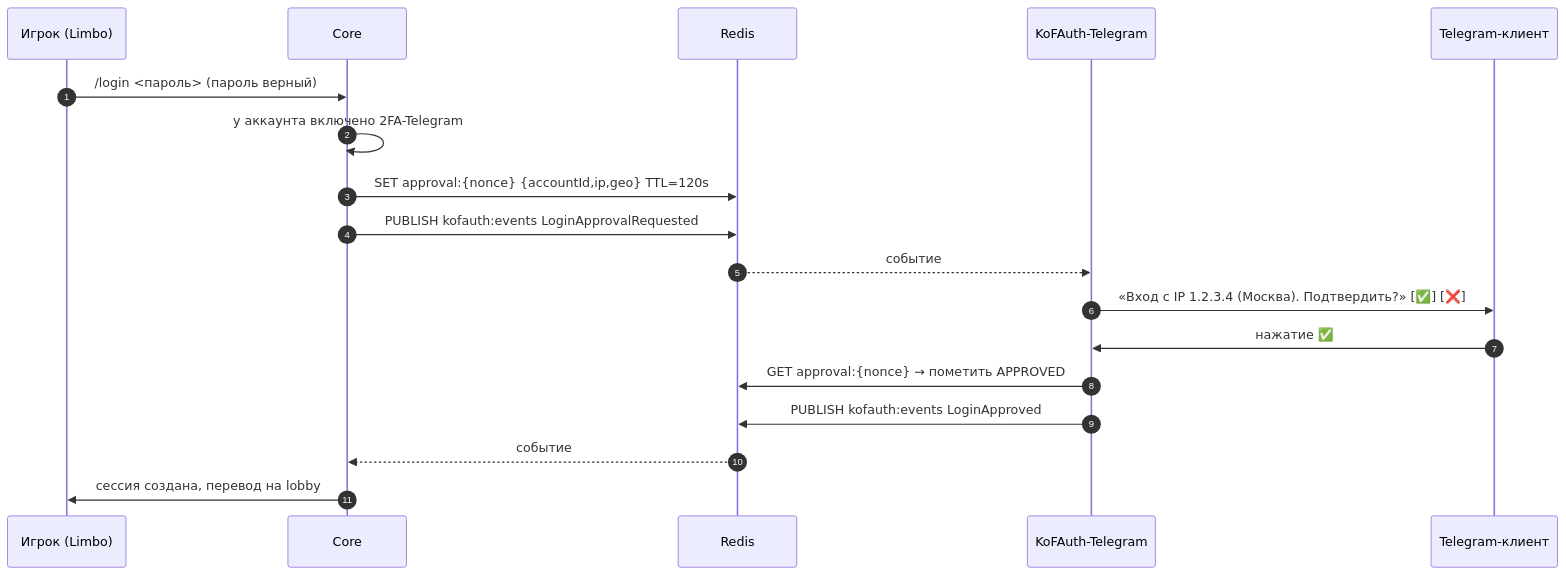
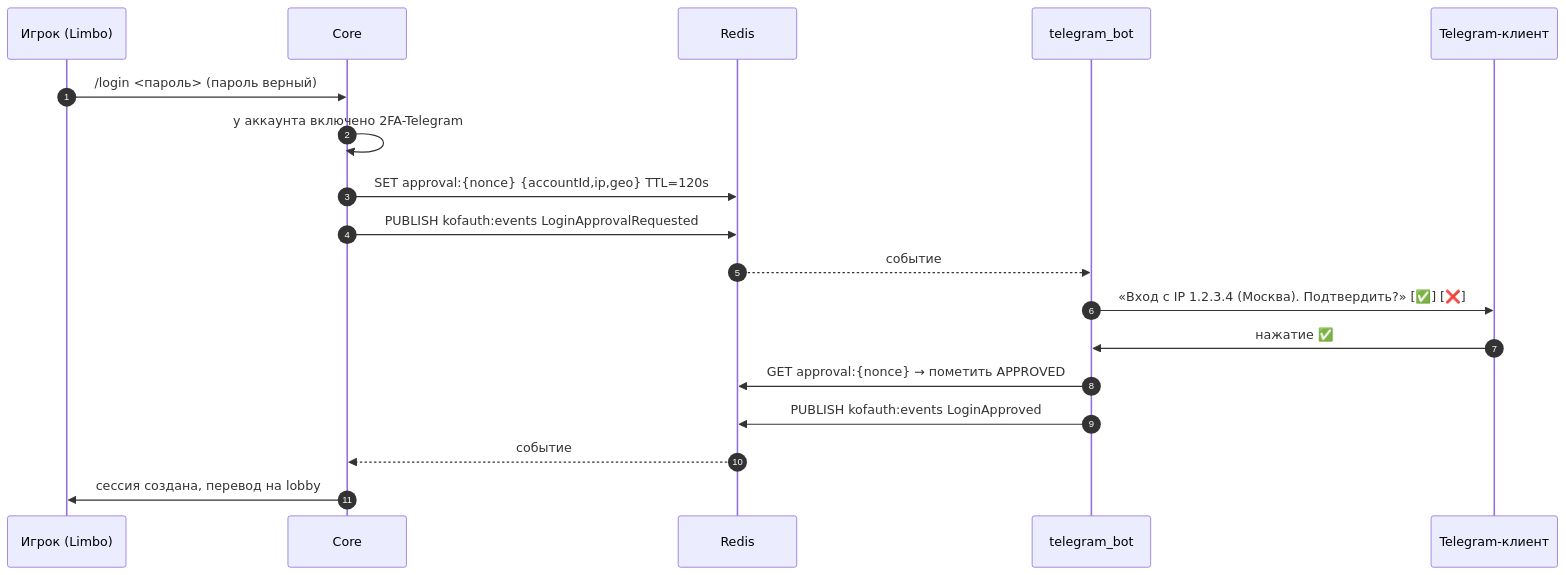
One commit to Renamekk/KoFNetwork-Auth changed the fifth of 6 diagrams in docs/01-ARCHITECTURE.md. Above: the diagram before and after it, drawn with Mermaid. The commit also changed other lines of this file and 94 other files, not shown here.

````diff
--- a/docs/01-ARCHITECTURE.md
+++ b/docs/01-ARCHITECTURE.md
@@ -422,21 +422,21 @@
 ```mermaid
 sequenceDiagram
     autonumber
     participant P as Игрок (Limbo)
     participant C as Core
     participant R as Redis
-    participant T as KoFAuth-Telegram
+    participant T as telegram_bot
     participant U as Telegram-клиент
 
     P->>C: /login <пароль> (пароль верный)
     C->>C: у аккаунта включено 2FA-Telegram
     C->>R: SET approval:{nonce} {accountId,ip,geo} TTL=120s
     C->>R: PUBLISH kofauth:events LoginApprovalRequested
     R-->>T: событие
     T->>U: «Вход с IP 1.2.3.4 (Москва). Подтвердить?» [✅] [❌]
     U->>T: нажатие ✅
     T->>R: GET approval:{nonce} → пометить APPROVED
     T->>R: PUBLISH kofauth:events LoginApproved
     R-->>C: событие
     C->>P: сессия создана, перевод на lobby
 ```
````
